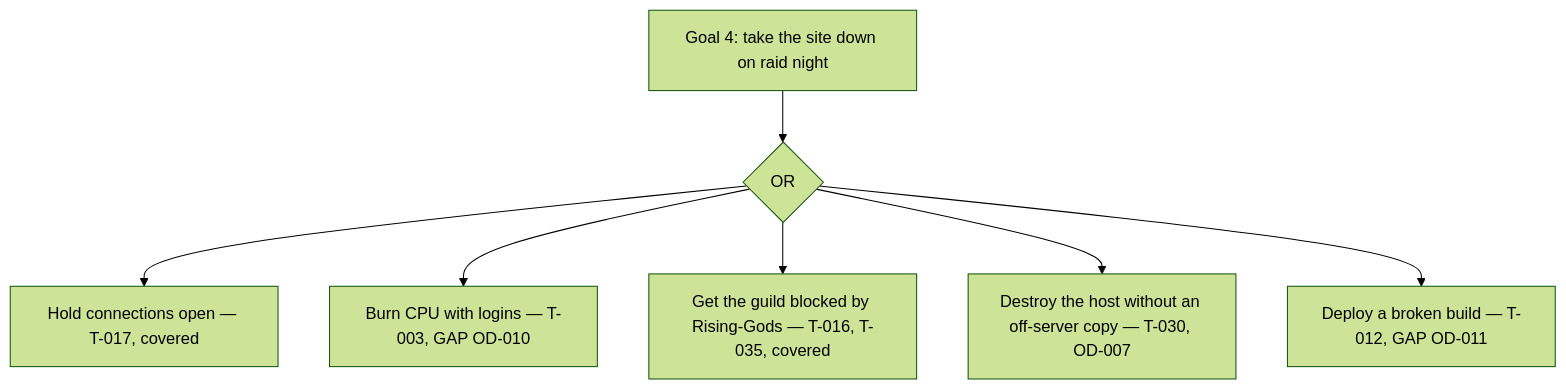
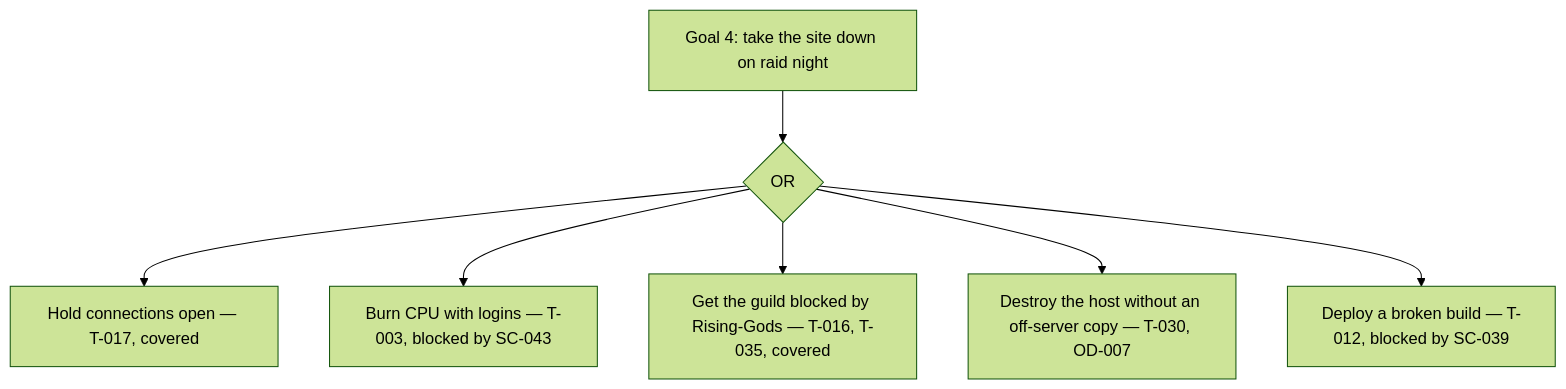
One commit to robinschweitz/raid-website changed the fourth of 6 diagrams in THREAT_MODEL.md. Above: the diagram before and after it, drawn with Mermaid (forest theme). The commit also changed other lines of this file and 4 other files, not shown here.

````diff
--- a/THREAT_MODEL.md
+++ b/THREAT_MODEL.md
@@ -422,9 +419,9 @@
 ```mermaid
 flowchart TD
   G4["Goal 4: take the site down on raid night"] --> O{OR}
   O --> D1["Hold connections open — T-017, covered"]
-  O --> D2["Burn CPU with logins — T-003, GAP OD-010"]
+  O --> D2["Burn CPU with logins — T-003, blocked by SC-043"]
   O --> D3["Get the guild blocked by Rising-Gods — T-016, T-035, covered"]
   O --> D4["Destroy the host without an off-server copy — T-030, OD-007"]
-  O --> D5["Deploy a broken build — T-012, GAP OD-011"]
+  O --> D5["Deploy a broken build — T-012, blocked by SC-039"]
 ```
````
